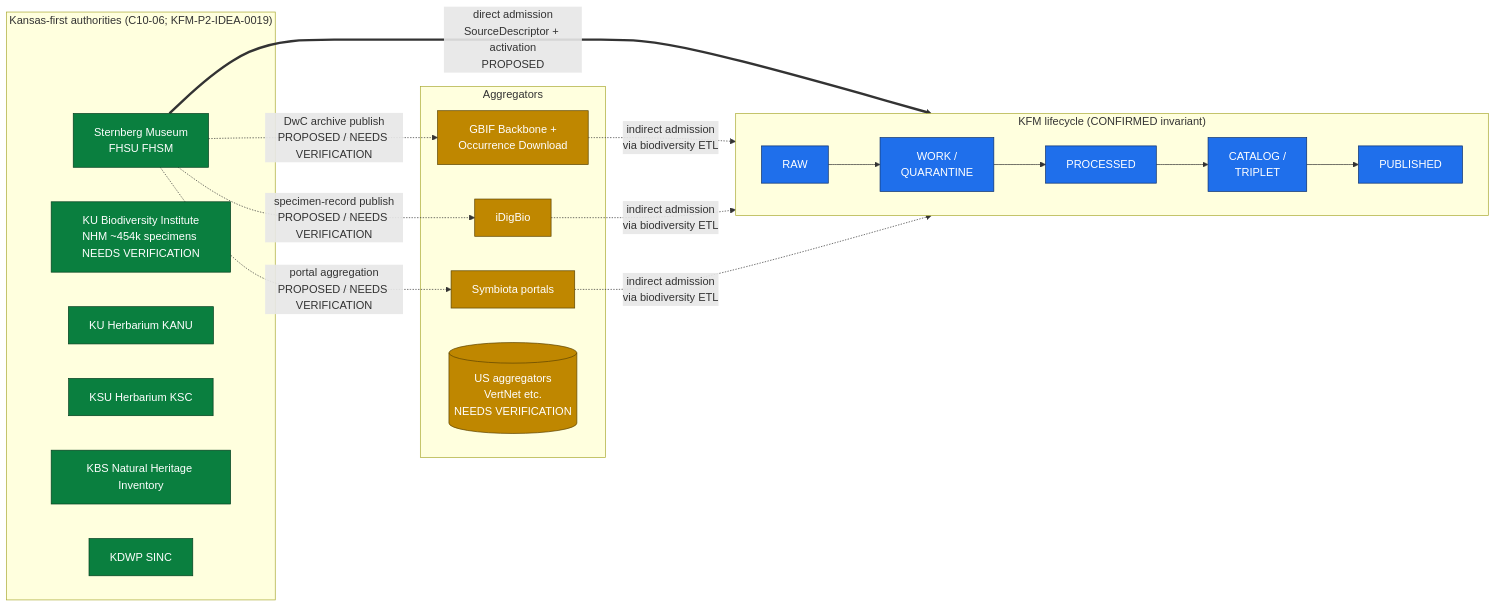
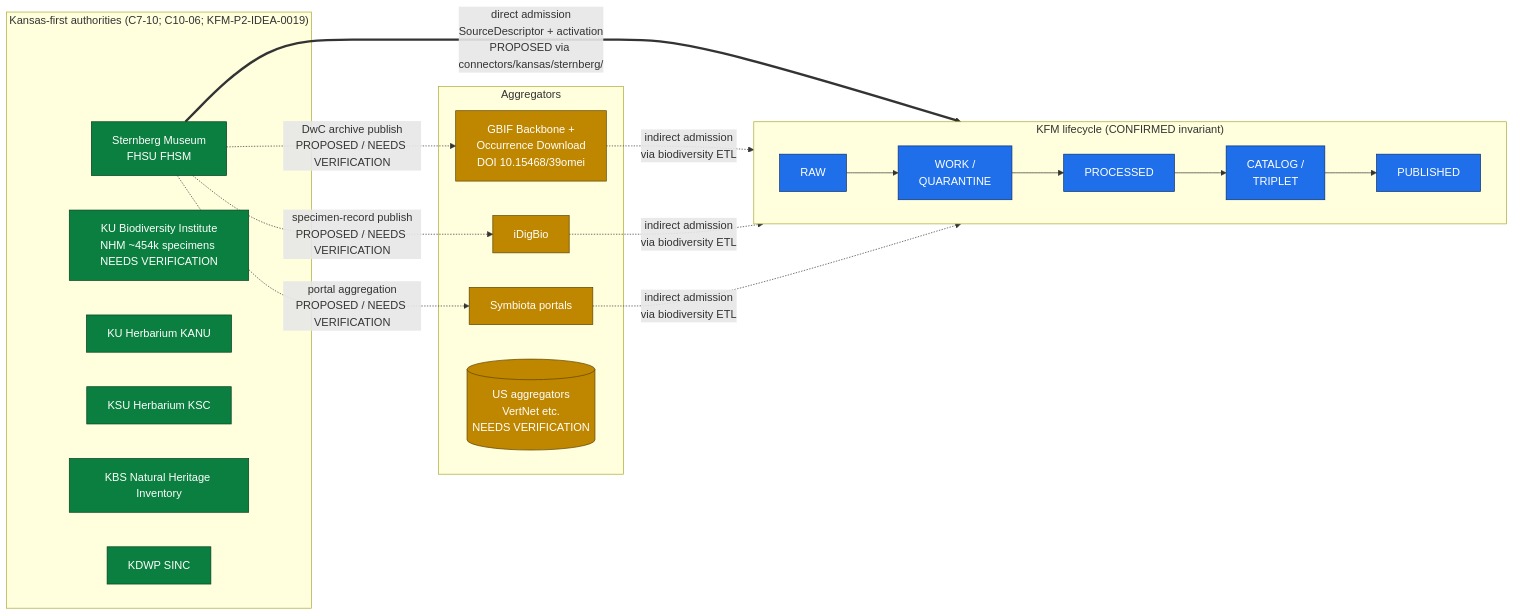
One commit to bartytime4life/Kansas-Frontier-Matrix changed the first of 2 diagrams in docs/sources/catalog/kansas/fhsu-sternberg.md. Above: the diagram before and after it, drawn with Mermaid. The commit also changed other lines of this file, not shown here.

````diff
--- a/docs/sources/catalog/kansas/fhsu-sternberg.md
+++ b/docs/sources/catalog/kansas/fhsu-sternberg.md
@@ -130,44 +182,44 @@
 ```mermaid
 flowchart LR
-  subgraph KFIRST["Kansas-first authorities (C10-06; KFM-P2-IDEA-0019)"]
+  subgraph KFIRST["Kansas-first authorities (C7-10; C10-06; KFM-P2-IDEA-0019)"]
     FHSM[Sternberg Museum<br/>FHSU FHSM]
     KU[KU Biodiversity Institute<br/>NHM ~454k specimens NEEDS VERIFICATION]
     KANU[KU Herbarium KANU]
     KSC[KSU Herbarium KSC]
     KBS[KBS Natural Heritage Inventory]
     KDWP[KDWP SINC]
   end
 
   subgraph AGG["Aggregators"]
-    GBIF[GBIF Backbone +<br/>Occurrence Download]
+    GBIF[GBIF Backbone +<br/>Occurrence Download<br/>DOI 10.15468/39omei]
     IDIG[iDigBio]
     SYM[Symbiota portals]
     BISON[(US aggregators<br/>VertNet etc.<br/>NEEDS VERIFICATION)]
   end
 
   subgraph LIFE["KFM lifecycle (CONFIRMED invariant)"]
     direction LR
     RAW[RAW]
     WORK[WORK /<br/>QUARANTINE]
     PROC[PROCESSED]
     CAT[CATALOG /<br/>TRIPLET]
     PUB[PUBLISHED]
     RAW --> WORK --> PROC --> CAT --> PUB
   end
 
   FHSM -. "DwC archive publish<br/>PROPOSED / NEEDS VERIFICATION" .-> GBIF
   FHSM -. "specimen-record publish<br/>PROPOSED / NEEDS VERIFICATION" .-> IDIG
   FHSM -. "portal aggregation<br/>PROPOSED / NEEDS VERIFICATION" .-> SYM
 
-  FHSM ==>|"direct admission<br/>SourceDescriptor + activation<br/>PROPOSED"| RAW
+  FHSM ==>|"direct admission<br/>SourceDescriptor + activation<br/>PROPOSED via connectors/kansas/sternberg/"| RAW
   GBIF -. "indirect admission<br/>via biodiversity ETL" .-> RAW
   IDIG -. "indirect admission<br/>via biodiversity ETL" .-> RAW
   SYM -. "indirect admission<br/>via biodiversity ETL" .-> RAW
 
   classDef confirmed fill:#0a7f3f,stroke:#053f1f,color:#fff;
   classDef proposed fill:#bf8700,stroke:#5c4400,color:#fff;
   classDef lifecycle fill:#1f6feb,stroke:#0a2e6b,color:#fff;
   class FHSM,KU,KANU,KSC,KBS,KDWP confirmed;
   class GBIF,IDIG,SYM,BISON proposed;
   class RAW,WORK,PROC,CAT,PUB lifecycle;
 ```
````
